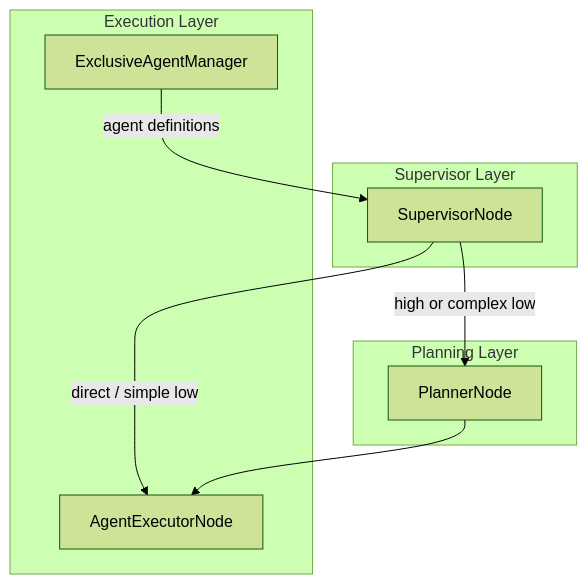
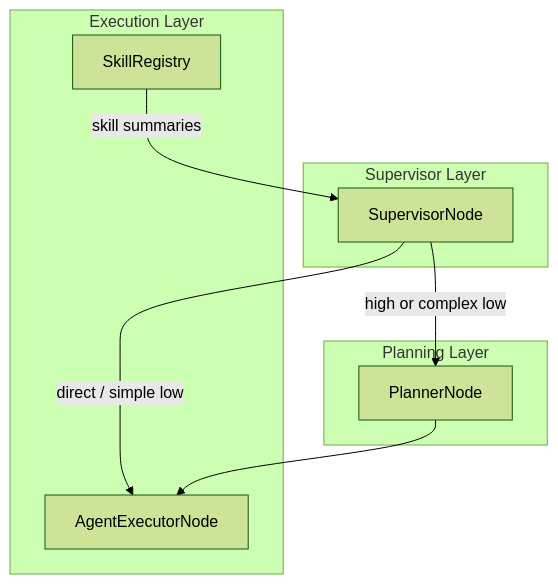
One commit to coco4atJP/Tepora-alpha changed the fourth of 10 diagrams in docs/architecture/ARCHITECTURE.md. Above: the diagram before and after it, drawn with Mermaid (forest theme). The commit also changed other lines of this file and 51 other files, not shown here.

````diff
--- a/docs/architecture/ARCHITECTURE.md
+++ b/docs/architecture/ARCHITECTURE.md
@@ -531,20 +531,20 @@
 ```mermaid
 graph TD
     subgraph "Supervisor Layer"
         SUP[SupervisorNode]
     end
   
     subgraph "Planning Layer"
         PLAN[PlannerNode]
     end
   
     subgraph "Execution Layer"
         EXEC[AgentExecutorNode]
-        EAM[ExclusiveAgentManager]
+        SR[SkillRegistry]
     end
   
     SUP -->|high or complex low| PLAN
     SUP -->|direct / simple low| EXEC
     PLAN --> EXEC
-    EAM -->|agent definitions| SUP
+    SR -->|skill summaries| SUP
 ```
````
